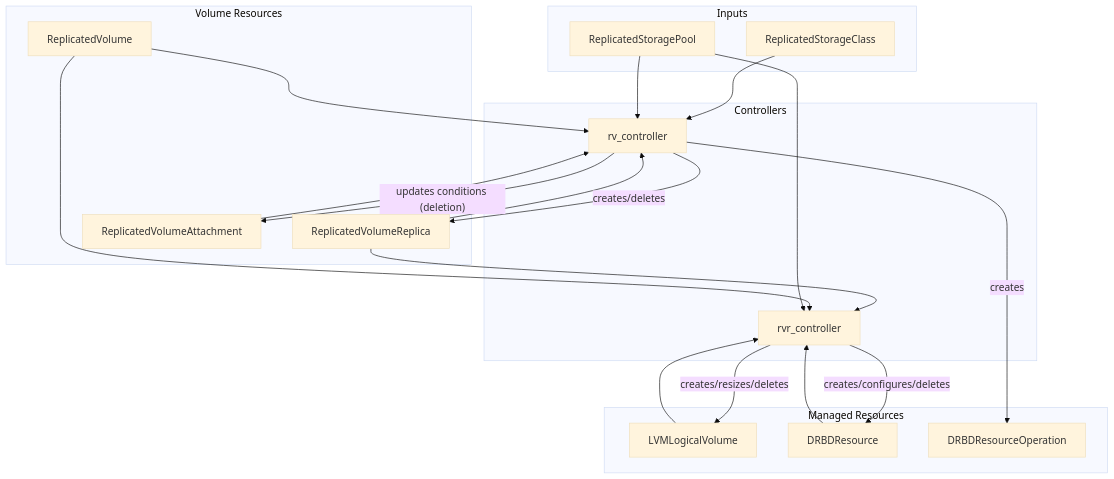
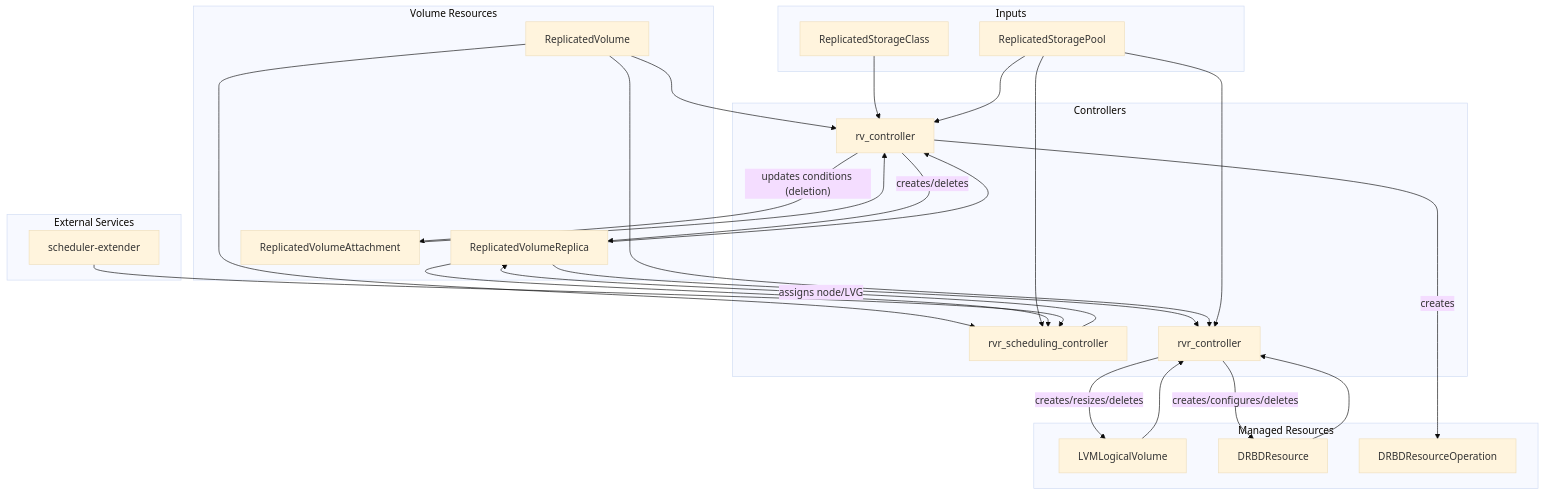
The second of 2 diagrams in images/controller/README.md (deckhouse/sds-replicated-volume), drawn with Mermaid (base theme) before and after one commit. The commit also changed other lines of this file, not shown here.

Commit message:
[controller] Add rvr_scheduling_controller to controller README
Add the scheduling controller to the controllers table, volume
lifecycle mermaid diagram, and dependency chain. Remove the
corresponding TODO comments.

````diff
--- a/images/controller/README.md
+++ b/images/controller/README.md
@@ -78,41 +77,52 @@
 ```mermaid
 flowchart TB
     subgraph inputs [Inputs]
         RSC[ReplicatedStorageClass]
         RSP[ReplicatedStoragePool]
     end
 
     subgraph volumeResources [Volume Resources]
         RV[ReplicatedVolume]
         RVR[ReplicatedVolumeReplica]
         RVA[ReplicatedVolumeAttachment]
     end
 
     subgraph controllers [Controllers]
         RVCtrl[rv_controller]
+        RVRSchedCtrl[rvr_scheduling_controller]
         RVRCtrl[rvr_controller]
     end
 
     subgraph managed [Managed Resources]
         LLV[LVMLogicalVolume]
         DRBDR[DRBDResource]
         DRBDROp[DRBDResourceOperation]
+    end
+
+    subgraph externalSvc [External Services]
+        SchExt[scheduler-extender]
     end
 
     RSC --> RVCtrl
     RSP --> RVCtrl
     RV --> RVCtrl
     RVR --> RVCtrl
     RVA --> RVCtrl
     RVCtrl -->|creates/deletes| RVR
     RVCtrl -->|creates| DRBDROp
     RVCtrl -->|"updates conditions (deletion)"| RVA
 
+    RV --> RVRSchedCtrl
+    RSP --> RVRSchedCtrl
+    RVR --> RVRSchedCtrl
+    SchExt --> RVRSchedCtrl
+    RVRSchedCtrl -->|"assigns node/LVG"| RVR
+
     RVR --> RVRCtrl
     RV --> RVRCtrl
     RSP --> RVRCtrl
     LLV --> RVRCtrl
     DRBDR --> RVRCtrl
     RVRCtrl -->|creates/resizes/deletes| LLV
     RVRCtrl -->|creates/configures/deletes| DRBDR
 ```
````
